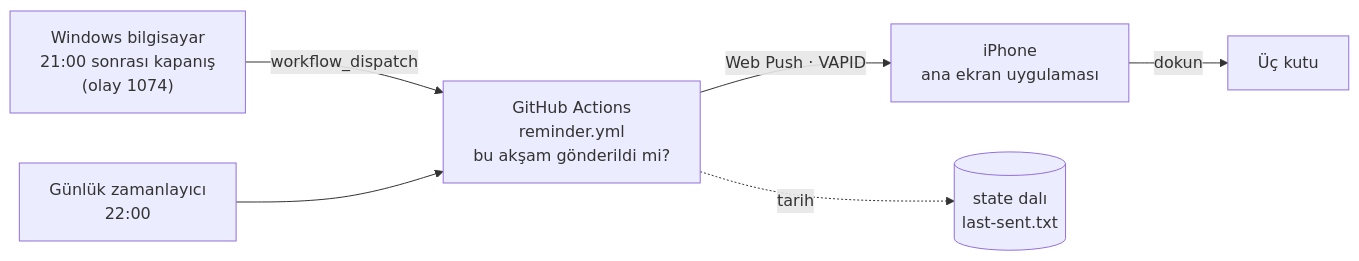
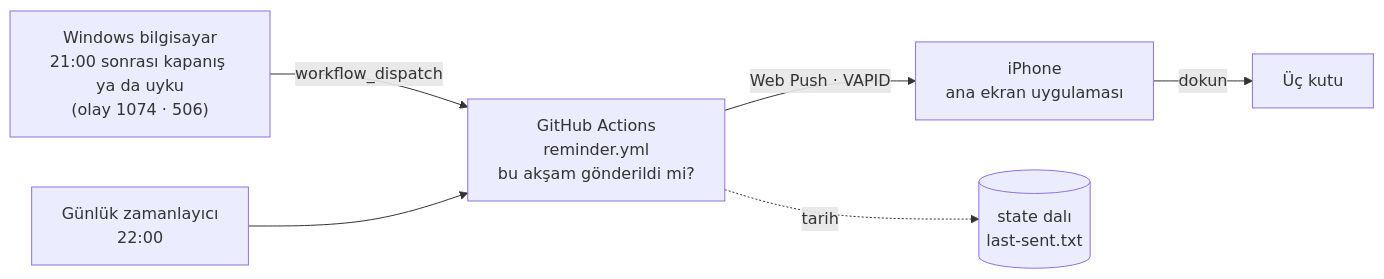
One commit to YILDIRIMZX/aksam-notu changed the diagram in README.tr.md. Above: the diagram before and after it, drawn with Mermaid. The commit also changed other lines of this file and 8 other files, not shown here.

````diff
--- a/README.tr.md
+++ b/README.tr.md
@@ -33,8 +33,8 @@
 ```mermaid
 flowchart LR
-  PC["Windows bilgisayar<br/>21:00 sonrası kapanış<br/>(olay 1074)"] -- "workflow_dispatch" --> GA
+  PC["Windows bilgisayar<br/>21:00 sonrası kapanış ya da uyku<br/>(olay 1074 · 506)"] -- "workflow_dispatch" --> GA
   Cron["Günlük zamanlayıcı<br/>22:00"] --> GA
   GA["GitHub Actions<br/>reminder.yml<br/>bu akşam gönderildi mi?"] -- "Web Push · VAPID" --> Phone["iPhone<br/>ana ekran uygulaması"]
   GA -. "tarih" .-> State[("state dalı<br/>last-sent.txt")]
   Phone -- "dokun" --> Note["Üç kutu"]
 ```
````
